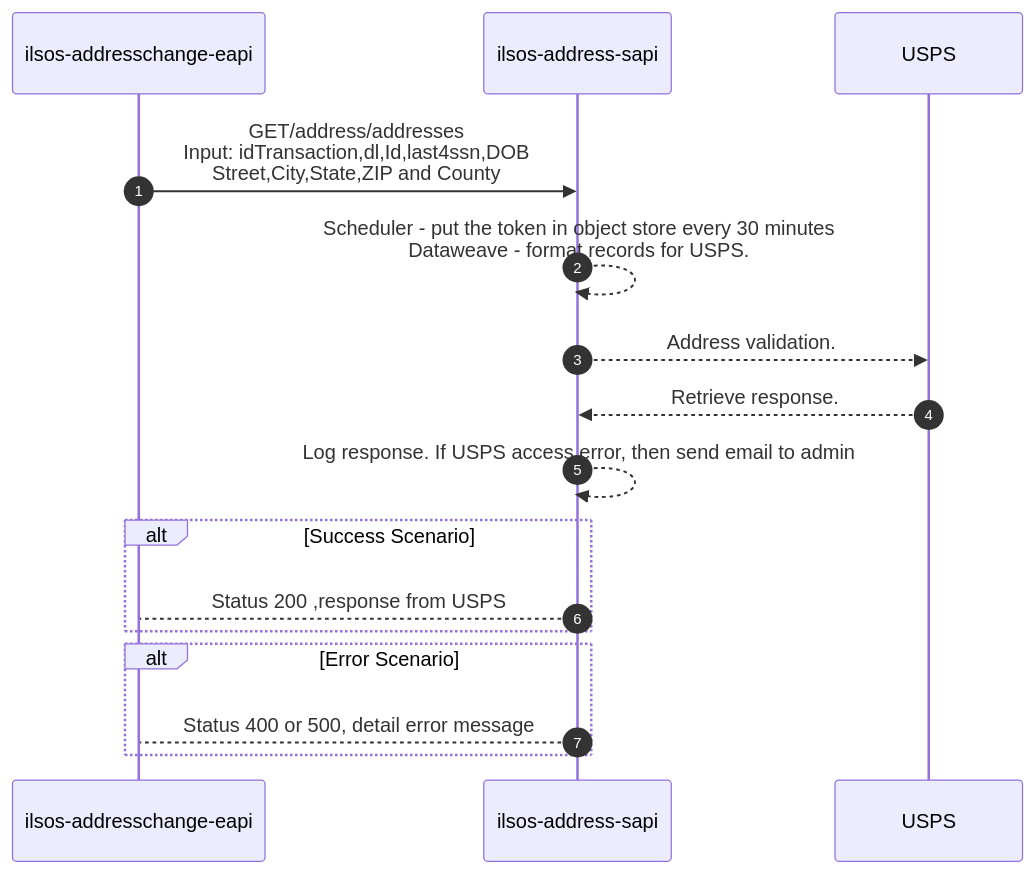
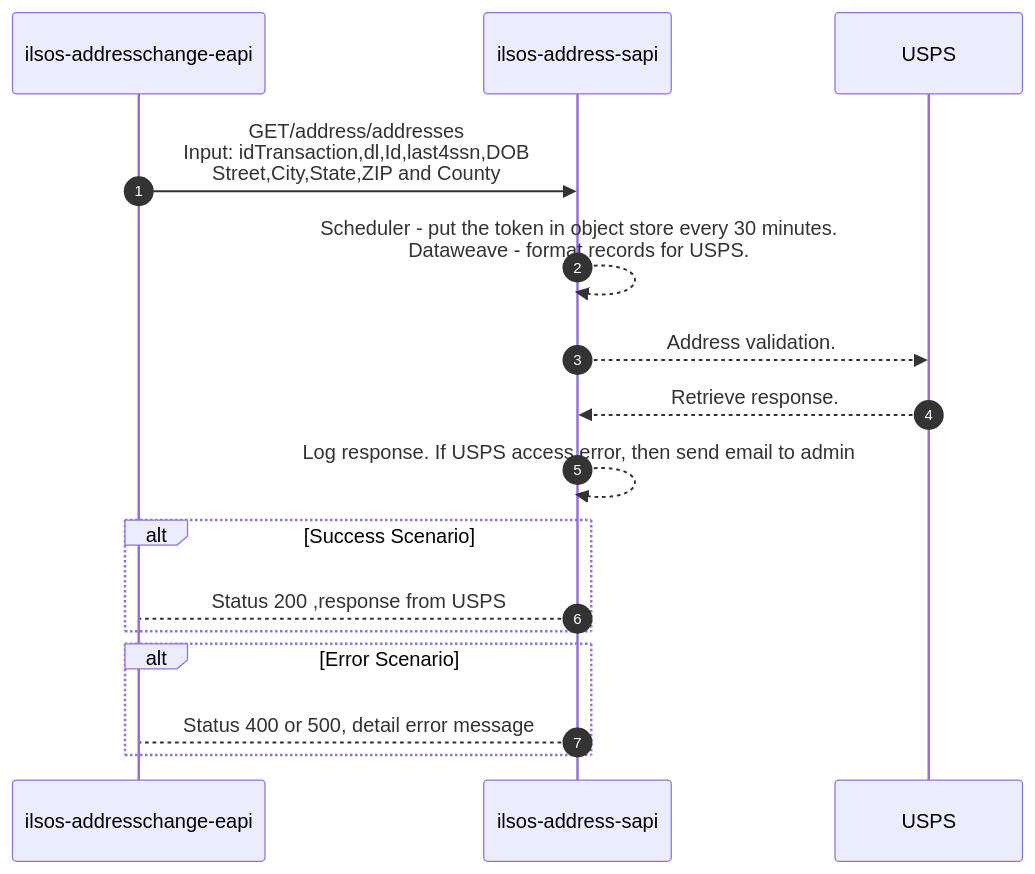
One commit to acme-devs/ilsos-address-sapi changed the diagram in README.md. Above: the diagram before and after it, drawn with Mermaid.

````diff
--- a/README.md
+++ b/README.md
@@ -27,22 +27,22 @@
 ```mermaid
 
 sequenceDiagram
     autonumber
     participant eapi as ilsos-addresschange-eapi
     participant api as ilsos-address-sapi
     participant usps as USPS
 
     eapi->>api:GET/address/addresses <br>Input: idTransaction,dl,Id,last4ssn,DOB<br>Street,City,State,ZIP and County
-    api-->>api:Scheduler - put the token in object store every 30 minutes<br>Dataweave - format records for USPS.
+    api-->>api:Scheduler - put the token in object store every 30 minutes.<br>Dataweave - format records for USPS.
     api-->>usps:Address validation.
     usps-->>api:Retrieve response.
     api-->>api:Log response. If USPS access error, then send email to admin
     alt Success Scenario 
         api-->eapi: Status 200 ,response from USPS
     end
     alt Error Scenario 
         api-->eapi: Status 400 or 500, detail error message
     end
   
 
   ```
````
